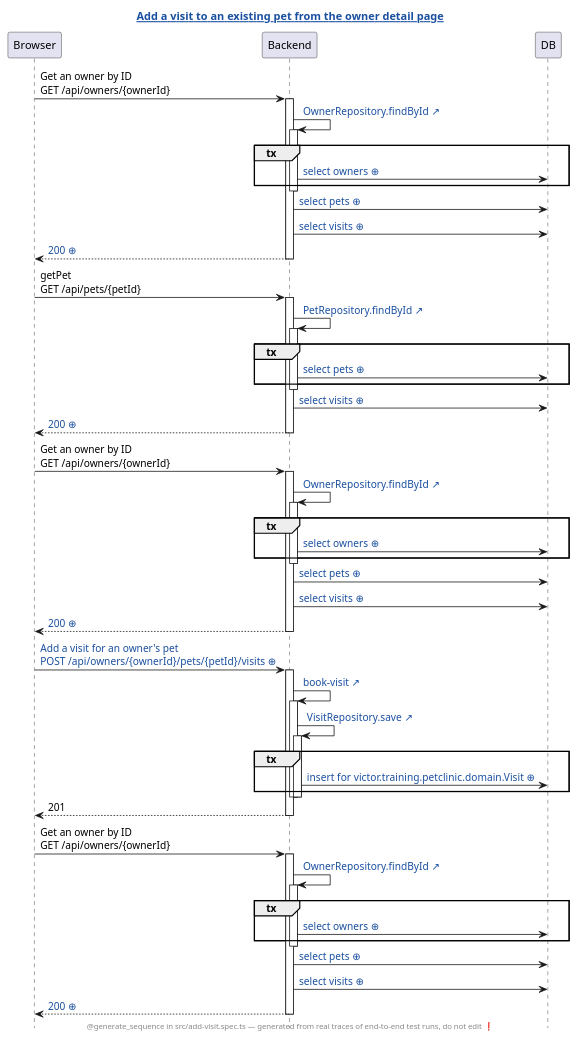
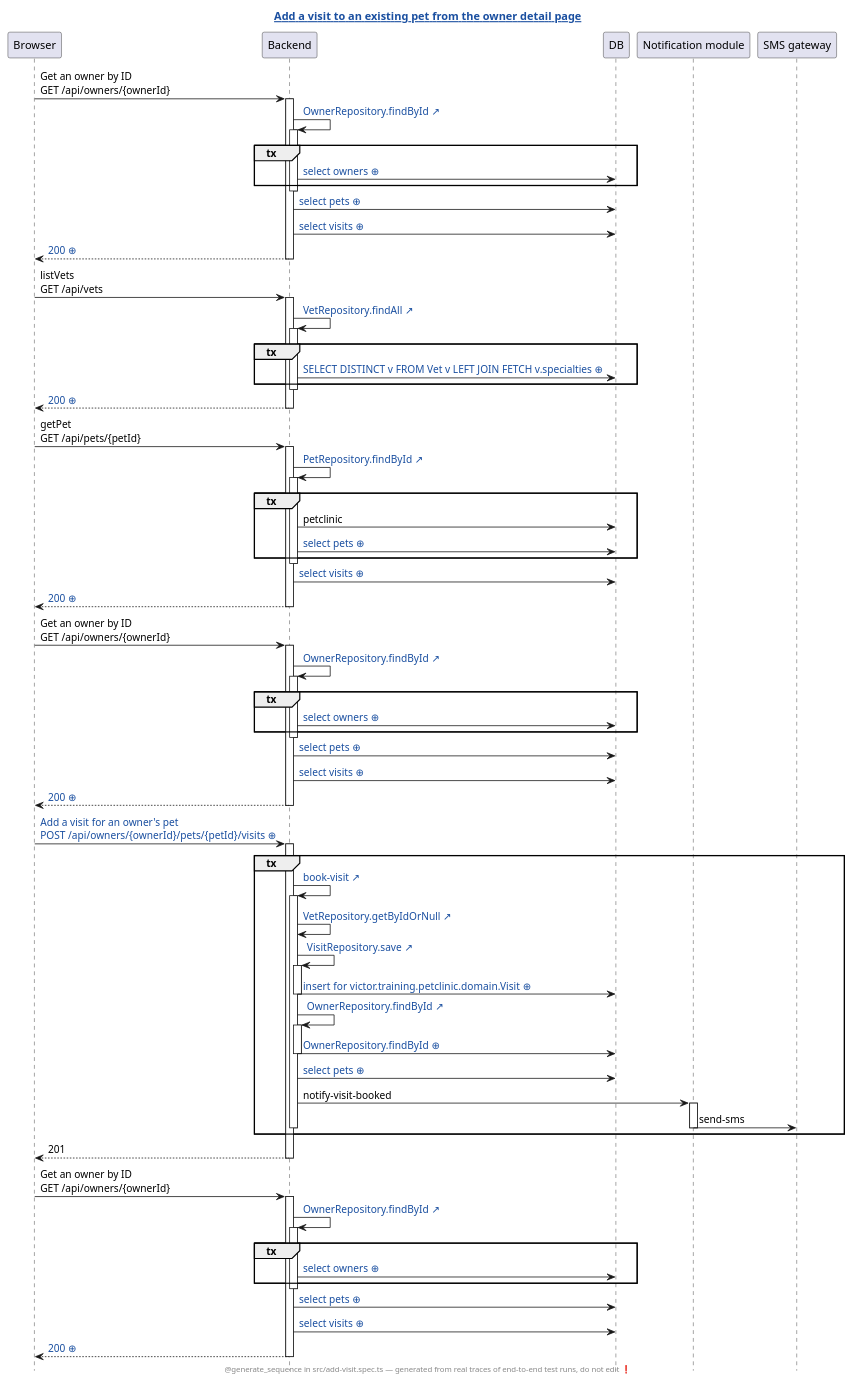
Before and after one commit to victorrentea/petclinic: the diagram in petclinic-test/generated/add-visit.spec.ts.add-a-visit-to-an-existing-pet-from-the-owner-detail-page.genseq.puml, drawn with PlantUML. The commit also changed 9 other files, not shown here.

Commit message:
Redraw the book-visit sequences with the Notification module as its own participant

```diff
--- a/petclinic-test/generated/add-visit.spec.ts.add-a-visit-to-an-existing-pet-from-the-owner-detail-page.genseq.puml
+++ b/petclinic-test/generated/add-visit.spec.ts.add-a-visit-to-an-existing-pet-from-the-owner-detail-page.genseq.puml
@@ -1,71 +1,94 @@
 @startuml
 ' ⚠️  GENERATED FILE — DO NOT EDIT. Every edit is lost on the next run.
 hide footbox
 skinparam hyperlinkUnderline false
 skinparam hyperlinkColor #1A4FA0
 title [[src://petclinic-test/src/add-visit.spec.ts:35{Click to open the test} Add a visit to an existing pet from the owner detail page]]
 footer @generate_sequence in src/add-visit.spec.ts — generated from real traces of end-to-end test runs, do not edit ❗
 participant Browser
 participant Backend
 participant DB
+participant "Notification module"
+participant "SMS gateway"
 Browser -> Backend: Get an owner by ID\nGET /api/owners/{ownerId}
 activate Backend
 Backend -> Backend: [[src://petclinic-backend/src/main/java/victor/training/petclinic/repository/OwnerRepository.java:14{Click to open OwnerRepository.findById} OwnerRepository.findById ↗]]
 activate Backend
 group tx
 Backend -> DB: [[genseq://0x8aana{Click for the statement behind this call} select owners ⊕]]
 end
 deactivate Backend
 Backend -> DB: [[genseq://18567ho{Click for the statement behind this call} select pets ⊕]]
-Backend -> DB: [[genseq://13apewa{Click for the statement behind this call} select visits ⊕]]
+Backend -> DB: [[genseq://1eq1h2q{Click for the statement behind this call} select visits ⊕]]
 Backend --> Browser: [[genseq://0tvg3tn{Click for this call’s JSON body} 200 ⊕]]
+deactivate Backend
+Browser -> Backend: listVets\nGET /api/vets
+activate Backend
+Backend -> Backend: [[src://petclinic-backend/src/main/java/victor/training/petclinic/repository/VetRepository.java:13{Click to open VetRepository.findAll} VetRepository.findAll ↗]]
+activate Backend
+group tx
+Backend -> DB: [[genseq://0p6yxbc{Click for the statement behind this call} SELECT DISTINCT v FROM Vet v LEFT JOIN FETCH v.specialties ⊕]]
+end
+deactivate Backend
+Backend --> Browser: [[genseq://1nmg2oo{Click for this call’s JSON body} 200 ⊕]]
 deactivate Backend
 Browser -> Backend: getPet\nGET /api/pets/{petId}
 activate Backend
 Backend -> Backend: [[src://petclinic-backend/src/main/java/victor/training/petclinic/repository/PetRepository.java:16{Click to open PetRepository.findById} PetRepository.findById ↗]]
 activate Backend
 group tx
+Backend -> DB: petclinic
 Backend -> DB: [[genseq://0y7w2ps{Click for the statement behind this call} select pets ⊕]]
 end
 deactivate Backend
-Backend -> DB: [[genseq://13apewa{Click for the statement behind this call} select visits ⊕]]
+Backend -> DB: [[genseq://1eq1h2q{Click for the statement behind this call} select visits ⊕]]
 Backend --> Browser: [[genseq://0ts0dcp{Click for this call’s JSON body} 200 ⊕]]
 deactivate Backend
 Browser -> Backend: Get an owner by ID\nGET /api/owners/{ownerId}
 activate Backend
 Backend -> Backend: [[src://petclinic-backend/src/main/java/victor/training/petclinic/repository/OwnerRepository.java:14{Click to open OwnerRepository.findById} OwnerRepository.findById ↗]]
 activate Backend
 group tx
 Backend -> DB: [[genseq://0x8aana{Click for the statement behind this call} select owners ⊕]]
 end
 deactivate Backend
 Backend -> DB: [[genseq://18567ho{Click for the statement behind this call} select pets ⊕]]
-Backend -> DB: [[genseq://13apewa{Click for the statement behind this call} select visits ⊕]]
+Backend -> DB: [[genseq://1eq1h2q{Click for the statement behind this call} select visits ⊕]]
 Backend --> Browser: [[genseq://0tvg3tn{Click for this call’s JSON body} 200 ⊕]]
 deactivate Backend
-Browser -> Backend: [[genseq://1oz3en3{Click for this call’s JSON body} Add a visit for an owner's pet\nPOST /api/owners/{ownerId}/pets/{petId}/visits ⊕]]
+Browser -> Backend: [[genseq://0h8fxns{Click for this call’s JSON body} Add a visit for an owner's pet\nPOST /api/owners/{ownerId}/pets/{petId}/visits ⊕]]
 activate Backend
-Backend -> Backend: [[src://petclinic-backend/src/main/java/victor/training/petclinic/rest/OwnerRestController.java:193{Click to open OwnerRestController.bookVisit} book-visit ↗]]
+group tx
+Backend -> Backend: [[src://petclinic-backend/src/main/java/victor/training/petclinic/rest/OwnerRestController.java:198{Click to open OwnerRestController.bookVisit} book-visit ↗]]
 activate Backend
+Backend -> Backend: [[src://petclinic-backend/src/main/java/victor/training/petclinic/repository/VetRepository.java:29{Click to open VetRepository.getByIdOrNull} VetRepository.getByIdOrNull ↗]]
 Backend -> Backend: [[src://petclinic-backend/src/main/java/victor/training/petclinic/repository/VisitRepository.java:14{Click to open VisitRepository.save} VisitRepository.save ↗]]
 activate Backend
-group tx
-Backend -> DB: [[genseq://0lkchvc{Click for the statement behind this call} insert for victor.training.petclinic.domain.Visit ⊕]]
+Backend -> DB: [[genseq://1qjrbj0{Click for the statement behind this call} insert for victor.training.petclinic.domain.Visit ⊕]]
+deactivate Backend
+Backend -> Backend: [[src://petclinic-backend/src/main/java/victor/training/petclinic/repository/OwnerRepository.java:14{Click to open OwnerRepository.findById} OwnerRepository.findById ↗]]
+activate Backend
+Backend -> DB: [[genseq://1y42tra{Click for the statement behind this call} OwnerRepository.findById ⊕]]
+deactivate Backend
+Backend -> DB: [[genseq://18567ho{Click for the statement behind this call} select pets ⊕]]
+Backend -> "Notification module": notify-visit-booked
+activate "Notification module"
+"Notification module" -> "SMS gateway": send-sms
+deactivate "Notification module"
+deactivate Backend
 end
-deactivate Backend
-deactivate Backend
 Backend --> Browser: 201
 deactivate Backend
 Browser -> Backend: Get an owner by ID\nGET /api/owners/{ownerId}
 activate Backend
 Backend -> Backend: [[src://petclinic-backend/src/main/java/victor/training/petclinic/repository/OwnerRepository.java:14{Click to open OwnerRepository.findById} OwnerRepository.findById ↗]]
 activate Backend
 group tx
 Backend -> DB: [[genseq://0x8aana{Click for the statement behind this call} select owners ⊕]]
 end
 deactivate Backend
 Backend -> DB: [[genseq://18567ho{Click for the statement behind this call} select pets ⊕]]
-Backend -> DB: [[genseq://13apewa{Click for the statement behind this call} select visits ⊕]]
-Backend --> Browser: [[genseq://13cdpck{Click for this call’s JSON body} 200 ⊕]]
+Backend -> DB: [[genseq://1eq1h2q{Click for the statement behind this call} select visits ⊕]]
+Backend --> Browser: [[genseq://1h54rxg{Click for this call’s JSON body} 200 ⊕]]
 deactivate Backend
 @enduml
```
